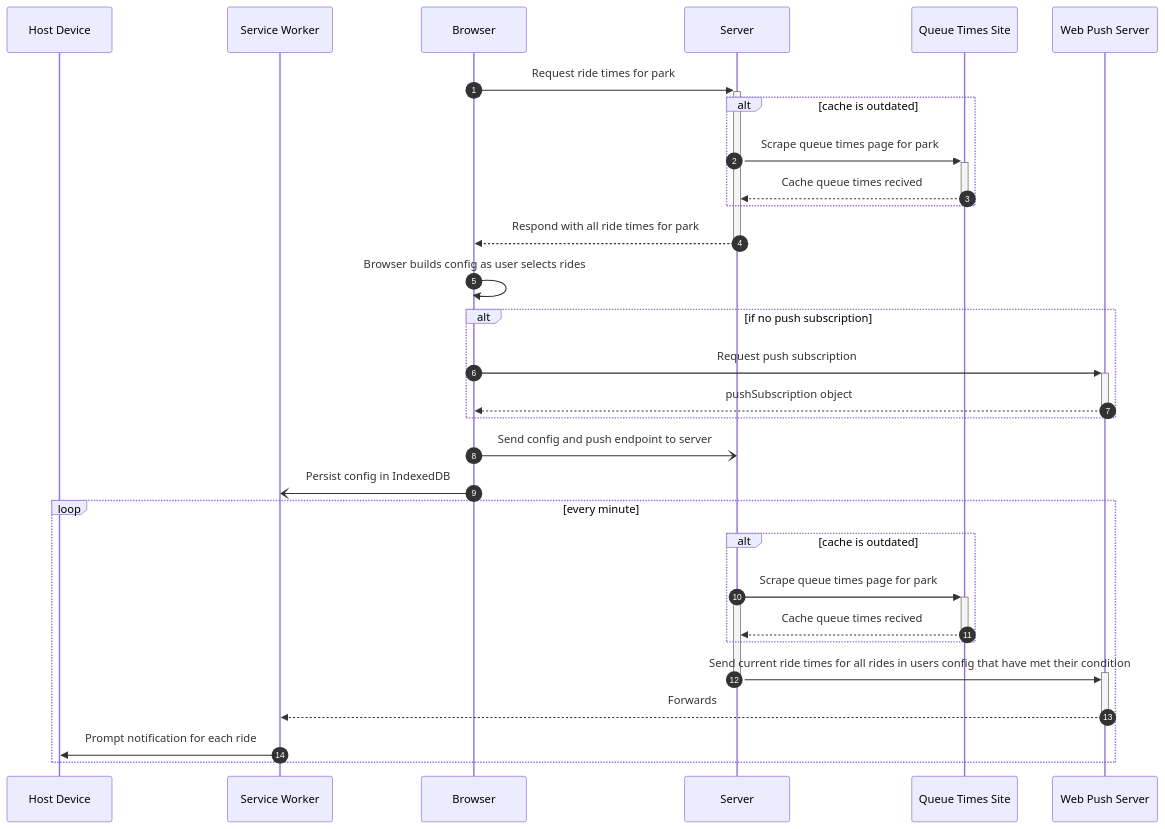
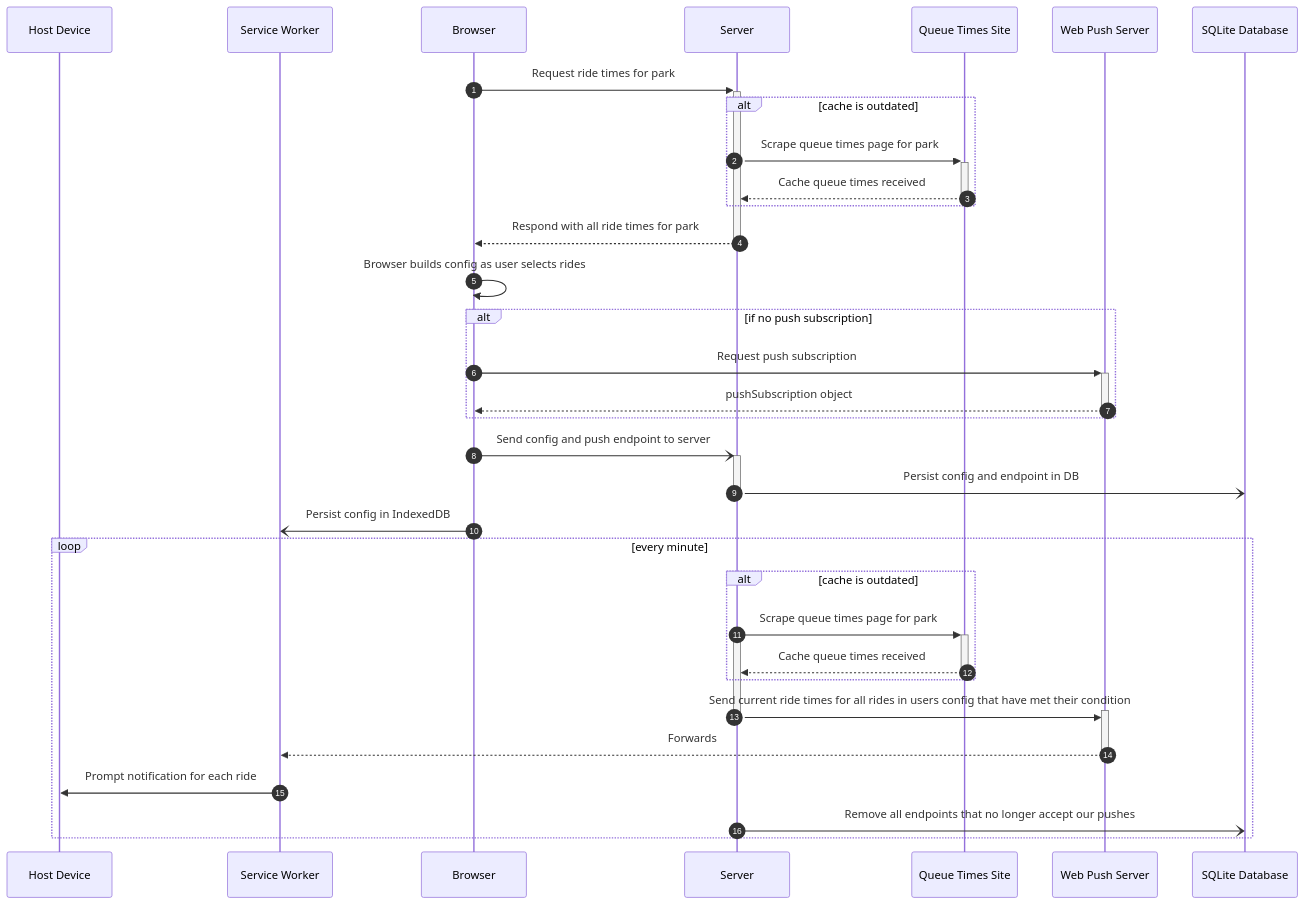
One commit to andyblarblar/queue_alert changed the diagram in docs/architecture.md. Above: the diagram before and after it, drawn with Mermaid. The commit also changed other lines of this file and 3 other files, not shown here.

````diff
--- a/docs/architecture.md
+++ b/docs/architecture.md
@@ -4,37 +4,40 @@
 ```mermaid
 sequenceDiagram
 autonumber
 
     participant H as Host Device
     participant SW as Service Worker
     participant B as Browser
     participant S as Server
     participant QT as Queue Times Site
     participant WP as Web Push Server
+    participant DB as SQLite Database
 
     B->>+S: Request ride times for park
     alt cache is outdated
         S->>+QT: Scrape queue times page for park
-        QT-->>-S: Cache queue times recived
+        QT-->>-S: Cache queue times received
     end
     S-->>-B: Respond with all ride times for park
     B->>B: Browser builds config as user selects rides 
     alt if no push subscription
         B->>+WP: Request push subscription
         WP-->>-B: pushSubscription object
     end
-    B-)S: Send config and push endpoint to server
+    B-)+S: Send config and push endpoint to server
+    S-)-DB: Persist config and endpoint in DB
     B-)SW: Persist config in IndexedDB
 
     loop every minute
         alt cache is outdated
         S->>+QT: Scrape queue times page for park
         activate S
-        QT-->>-S: Cache queue times recived
+        QT-->>-S: Cache queue times received
         end
         S->>+WP: Send current ride times for all rides in users config that have met their condition
         deactivate S
         WP-->>-SW: Forwards
         SW->>H: Prompt notification for each ride
+        S-)DB: Remove all endpoints that no longer accept our pushes
     end
 ```
````
